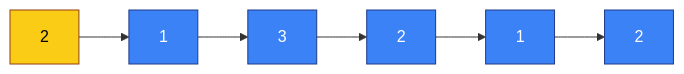
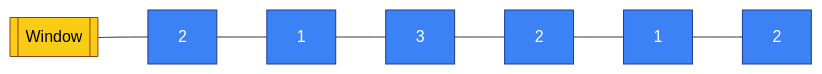
One commit to bhaskarneerati/coding-mermaid-diagrams changed the fifth of 11 diagrams in sliding-window.md. Above: the diagram before and after it, drawn with Mermaid. The commit also changed other lines of this file, not shown here.

````diff
--- a/sliding-window.md
+++ b/sliding-window.md
@@ -87,10 +79,14 @@
 ```mermaid
 flowchart LR
-W1[2] --> W2[1] --> W3[3] --> W4[2] --> W5[1] --> W6[2]
+A1[2] --- A2[1] --- A3[3] --- A4[2] --- A5[1] --- A6[2]
+
+W1[[Window]]
+
+W1 --- A1
 
 classDef base fill:#3b82f6,stroke:#1e3a8a,color:#ffffff;
 classDef window fill:#facc15,stroke:#92400e,color:#000000;
 
+class A1,A2,A3,A4,A5,A6 base;
 class W1 window;
-class W2,W3,W4,W5,W6 base;
 ```
````
